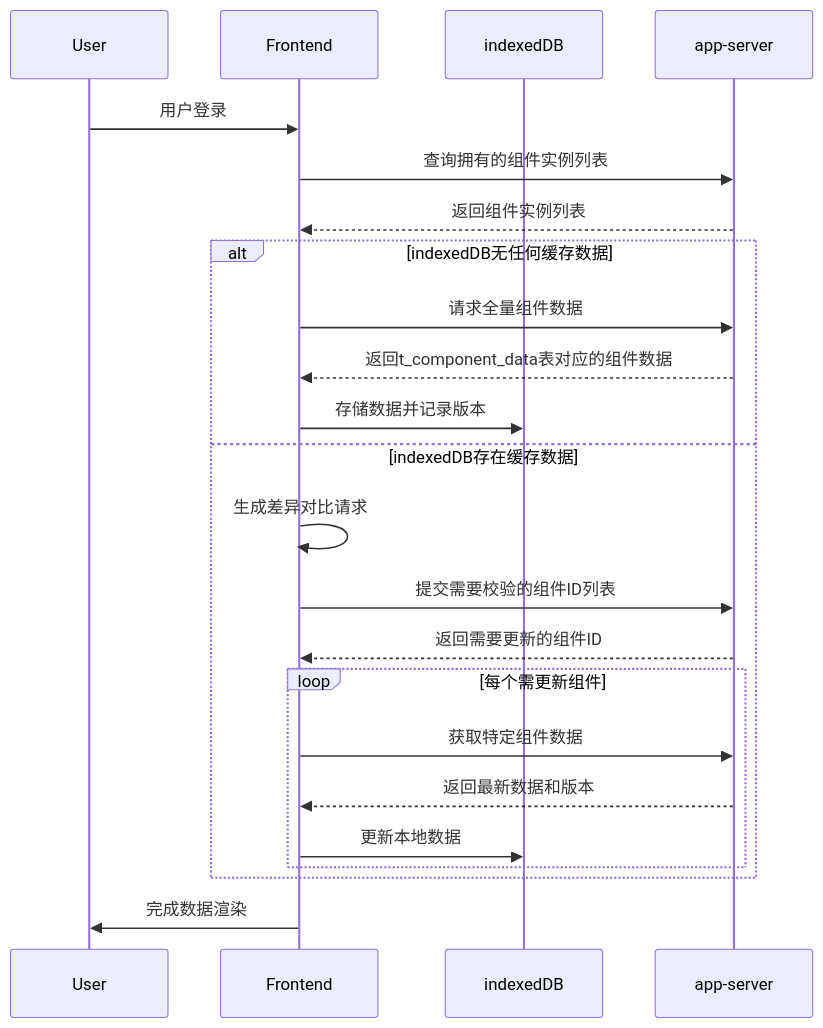
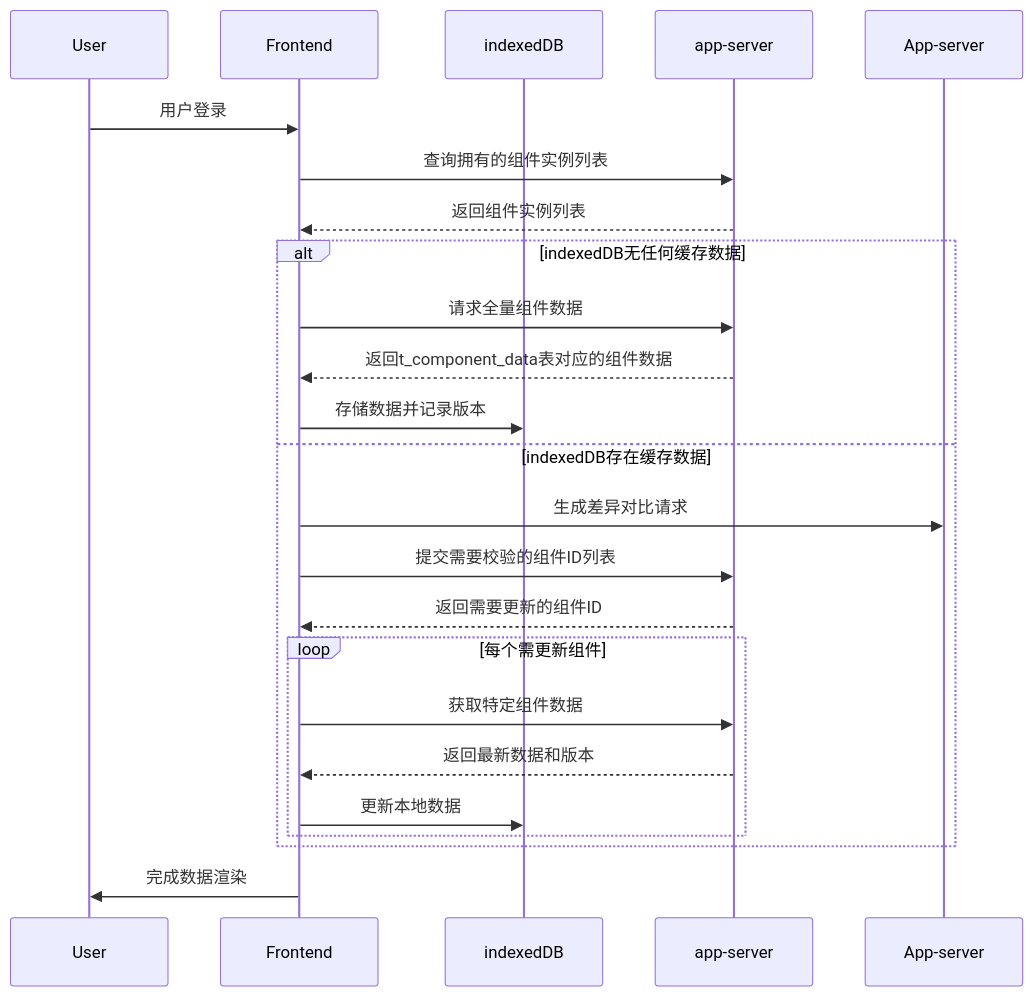
Before and after one commit to yingjianzh/iodraw-files: the diagram in all/未命名-24.md, drawn with Mermaid.

Commit message:
2025-02-24 17:09:31 update

````diff
--- a/all/未命名-24.md
+++ b/all/未命名-24.md
@@ -1,27 +1,27 @@
 ```mermaid
 sequenceDiagram
     participant User
     participant Frontend
     participant indexedDB
     participant app-server
 
     User->>Frontend: 用户登录
     Frontend->>app-server: 查询拥有的组件实例列表
     app-server-->>Frontend: 返回组件实例列表
     
     alt indexedDB无任何缓存数据
         Frontend->>app-server: 请求全量组件数据
         app-server-->>Frontend: 返回t_component_data表对应的组件数据
         Frontend->>indexedDB: 存储数据并记录版本
     else indexedDB存在缓存数据
-        Frontend->>Frontend: 生成差异对比请求
+        Frontend->>App-server: 生成差异对比请求
         Frontend->>app-server: 提交需要校验的组件ID列表
         app-server-->>Frontend: 返回需要更新的组件ID
         loop 每个需更新组件
             Frontend->>app-server: 获取特定组件数据
             app-server-->>Frontend: 返回最新数据和版本
             Frontend->>indexedDB: 更新本地数据
         end
     end
     Frontend->>User: 完成数据渲染
 ```
````
